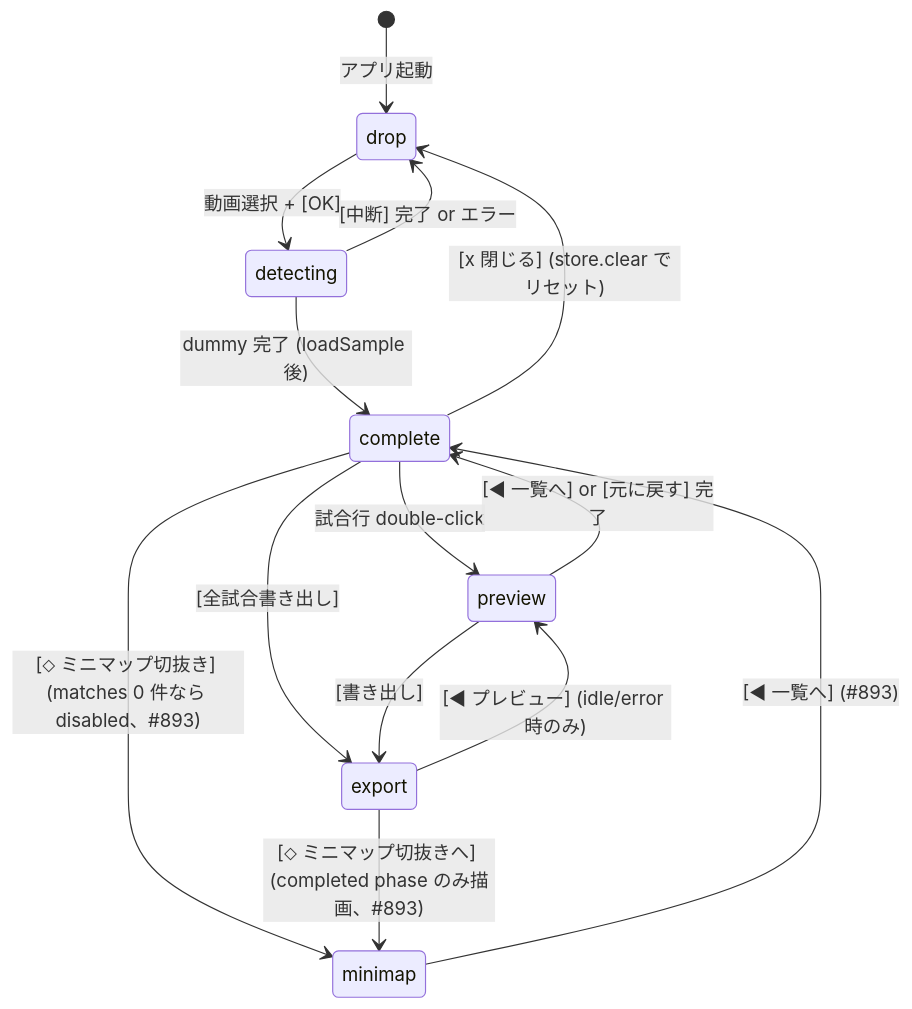
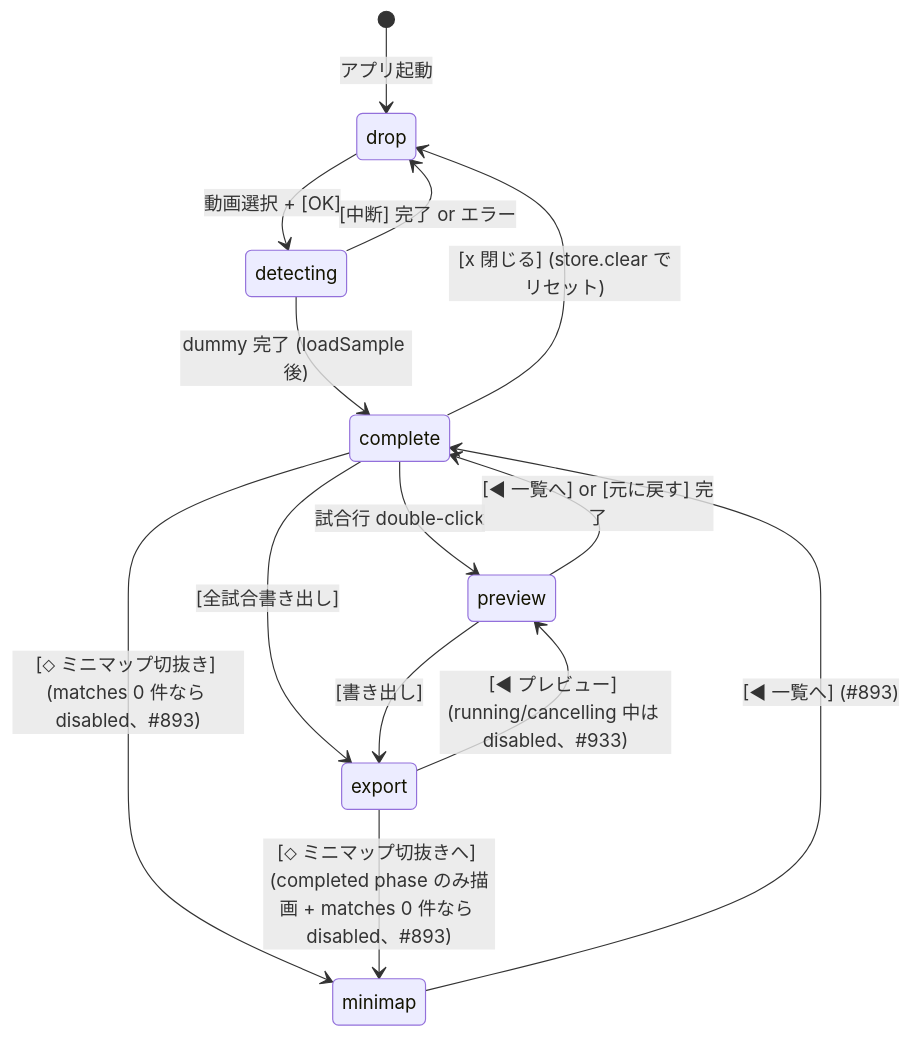
One commit to Idios/kobutachan-allaganeye changed the first of 8 diagrams in docs/ui-architecture.md. Above: the diagram before and after it, drawn with Mermaid. The commit also changed other lines of this file and 133 other files, not shown here.

````diff
--- a/docs/ui-architecture.md
+++ b/docs/ui-architecture.md
@@ -33,21 +33,21 @@
 ```mermaid
 stateDiagram-v2
     [*] --> drop: アプリ起動
 
     drop --> detecting: 動画選択 + [OK]
     detecting --> complete: dummy 完了 (loadSample 後)
     detecting --> drop: [中断] 完了 or エラー
 
     complete --> preview: 試合行 double-click
     complete --> export: [全試合書き出し]
     complete --> minimap: [⬦ ミニマップ切抜き] (matches 0 件なら disabled、#893)
     complete --> drop: [x 閉じる] (store.clear でリセット)
 
     preview --> complete: [◀ 一覧へ] or [元に戻す] 完了
     preview --> export: [書き出し]
 
-    export --> preview: [◀ プレビュー] (idle/error 時のみ)
-    export --> minimap: [⬦ ミニマップ切抜きへ] (completed phase のみ描画、#893)
+    export --> preview: [◀ プレビュー] (running/cancelling 中は disabled、#933)
+    export --> minimap: [⬦ ミニマップ切抜きへ] (completed phase のみ描画 + matches 0 件なら disabled、#893)
 
     minimap --> complete: [◀ 一覧へ] (#893)
 ```
````
